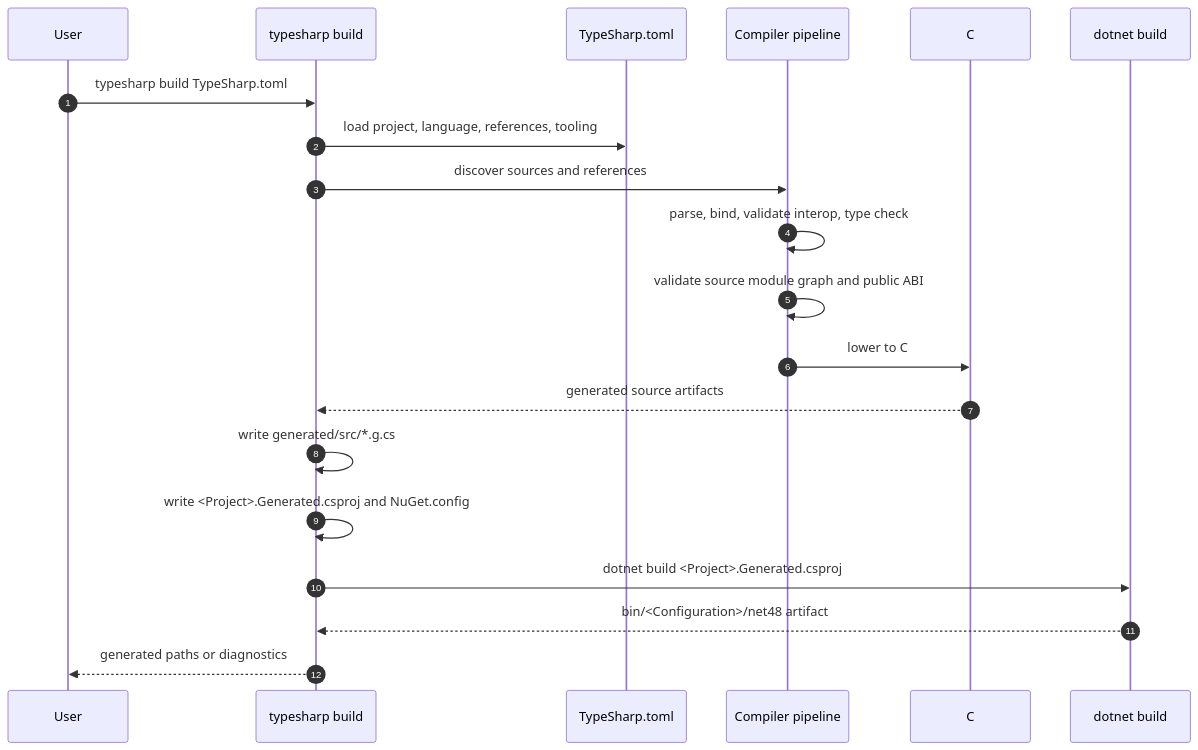
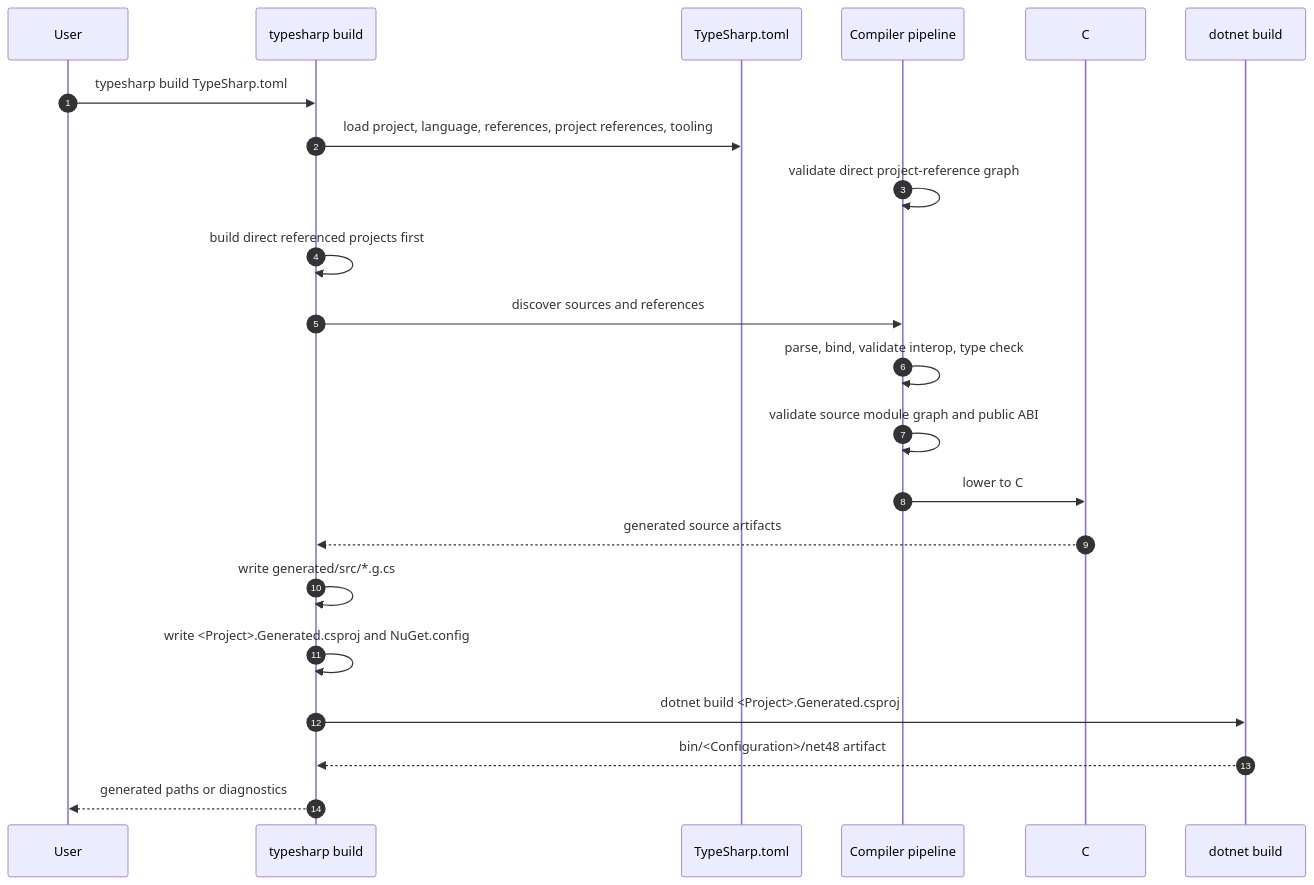
Before and after one commit to naramdash/TypeSharp: the second of 3 diagrams in docs/src/content/docs/runtime-artifacts.md, drawn with Mermaid. The commit also changed other lines of this file and 24 other files, not shown here.

Commit message:
Implement TypeSharp project references

````diff
--- a/docs/src/content/docs/runtime-artifacts.md
+++ b/docs/src/content/docs/runtime-artifacts.md
@@ -57,23 +57,25 @@
 ```mermaid
 sequenceDiagram
   autonumber
   participant User
   participant CLI as typesharp build
   participant Manifest as TypeSharp.toml
   participant Compiler as Compiler pipeline
   participant Backend as C# backend
   participant MSBuild as dotnet build
 
   User->>CLI: typesharp build TypeSharp.toml
-  CLI->>Manifest: load project, language, references, tooling
+  CLI->>Manifest: load project, language, references, project references, tooling
+  Compiler->>Compiler: validate direct project-reference graph
+  CLI->>CLI: build direct referenced projects first
   CLI->>Compiler: discover sources and references
   Compiler->>Compiler: parse, bind, validate interop, type check
   Compiler->>Compiler: validate source module graph and public ABI
   Compiler->>Backend: lower to C# 7.3-compatible source
   Backend-->>CLI: generated source artifacts
   CLI->>CLI: write generated/src/*.g.cs
   CLI->>CLI: write <Project>.Generated.csproj and NuGet.config
   CLI->>MSBuild: dotnet build <Project>.Generated.csproj
   MSBuild-->>CLI: bin/<Configuration>/net48 artifact
   CLI-->>User: generated paths or diagnostics
 ```
````
